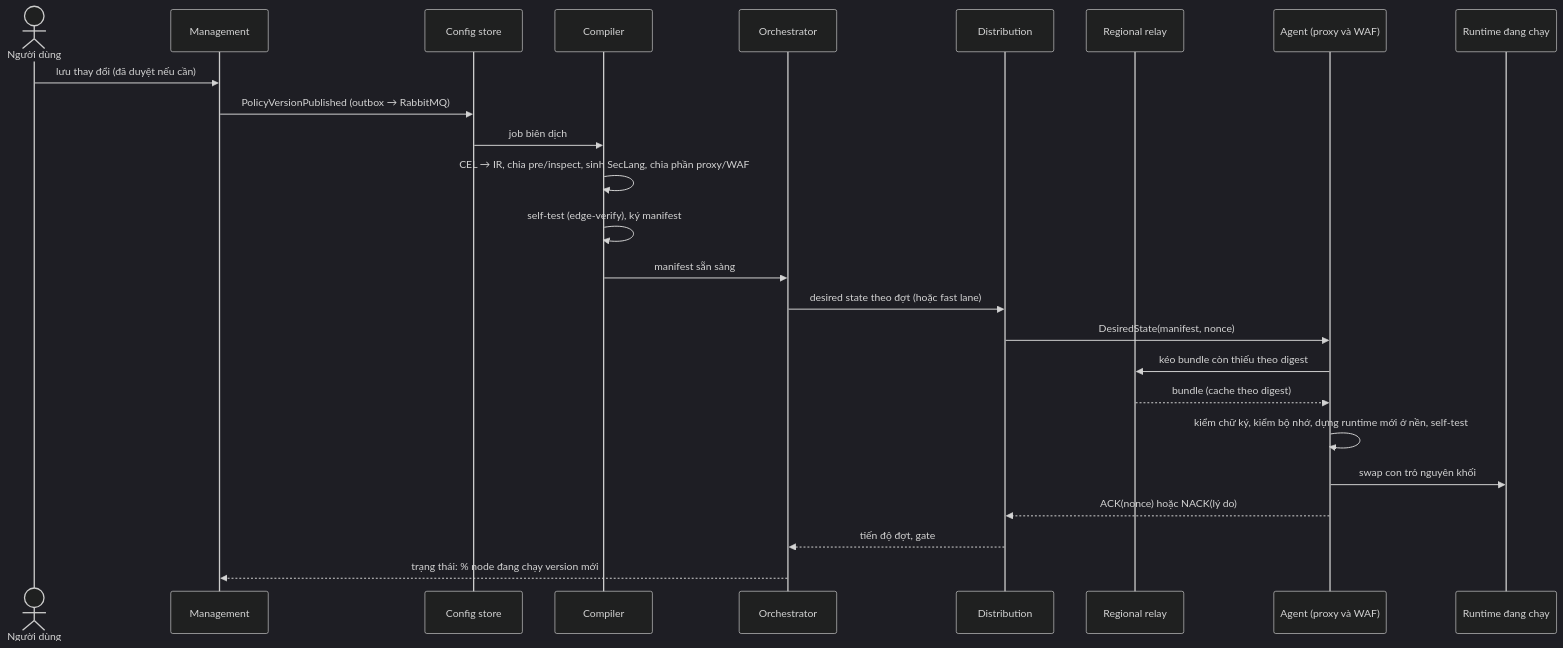
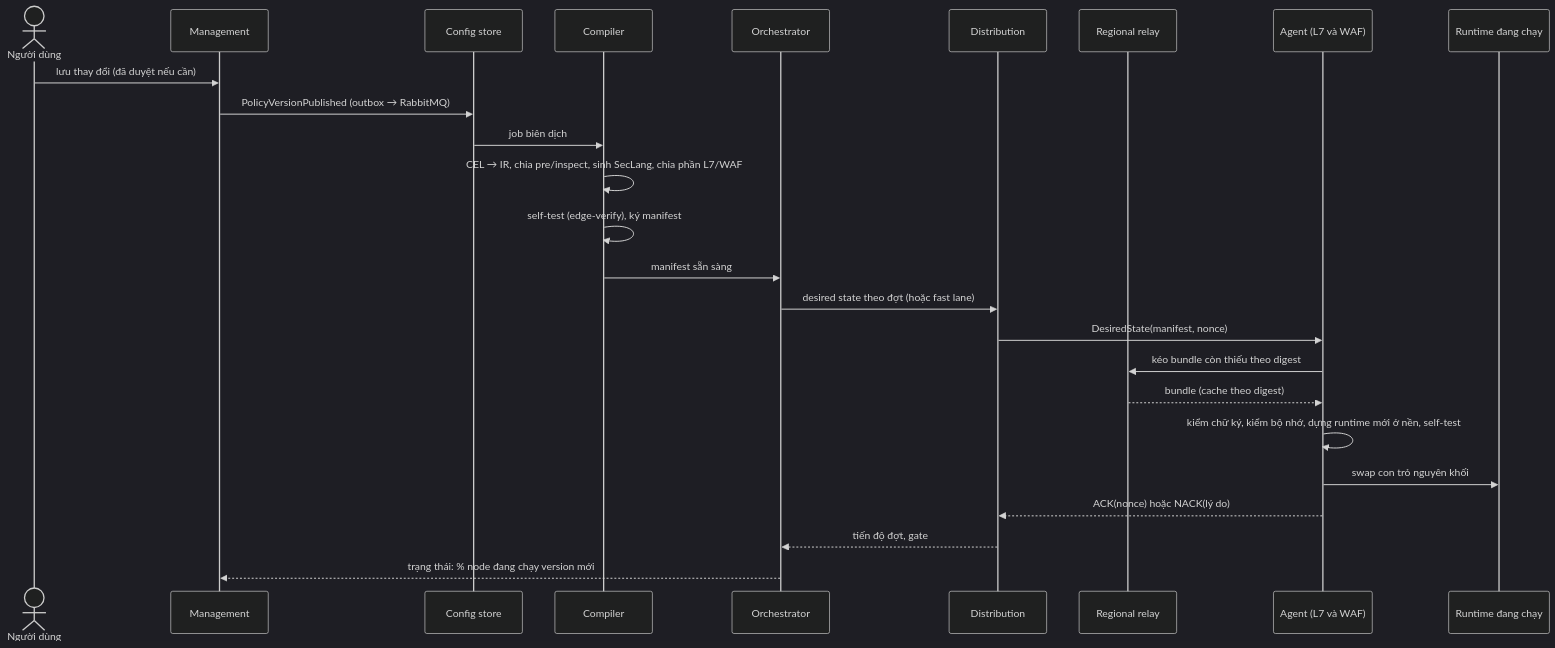
One commit to metap-org/metap-demo-waf changed the first of 2 diagrams in docs/architecture/08-cross-cutting/15-config-propagation-and-apply.md. Above: the diagram before and after it, drawn with Mermaid (dark theme). The commit also changed other lines of this file and 38 other files, not shown here.

````diff
--- a/docs/architecture/08-cross-cutting/15-config-propagation-and-apply.md
+++ b/docs/architecture/08-cross-cutting/15-config-propagation-and-apply.md
@@ -11,27 +11,27 @@
 ```mermaid
 sequenceDiagram
     actor U as Người dùng
     participant M as Management
     participant CS as Config store
     participant CP as Compiler
     participant OR as Orchestrator
     participant DI as Distribution
     participant RL as Regional relay
-    participant AG as Agent (proxy và WAF)
+    participant AG as Agent (L7 và WAF)
     participant RT as Runtime đang chạy
     U->>M: lưu thay đổi (đã duyệt nếu cần)
     M->>CS: PolicyVersionPublished (outbox → RabbitMQ)
     CS->>CP: job biên dịch
-    CP->>CP: CEL → IR, chia pre/inspect, sinh SecLang, chia phần proxy/WAF
+    CP->>CP: CEL → IR, chia pre/inspect, sinh SecLang, chia phần L7/WAF
     CP->>CP: self-test (edge-verify), ký manifest
     CP->>OR: manifest sẵn sàng
     OR->>DI: desired state theo đợt (hoặc fast lane)
     DI->>AG: DesiredState(manifest, nonce)
     AG->>RL: kéo bundle còn thiếu theo digest
     RL-->>AG: bundle (cache theo digest)
     AG->>AG: kiểm chữ ký, kiểm bộ nhớ, dựng runtime mới ở nền, self-test
     AG->>RT: swap con trỏ nguyên khối
     AG-->>DI: ACK(nonce) hoặc NACK(lý do)
     DI-->>OR: tiến độ đợt, gate
     OR-->>M: trạng thái: % node đang chạy version mới
 ```
````
